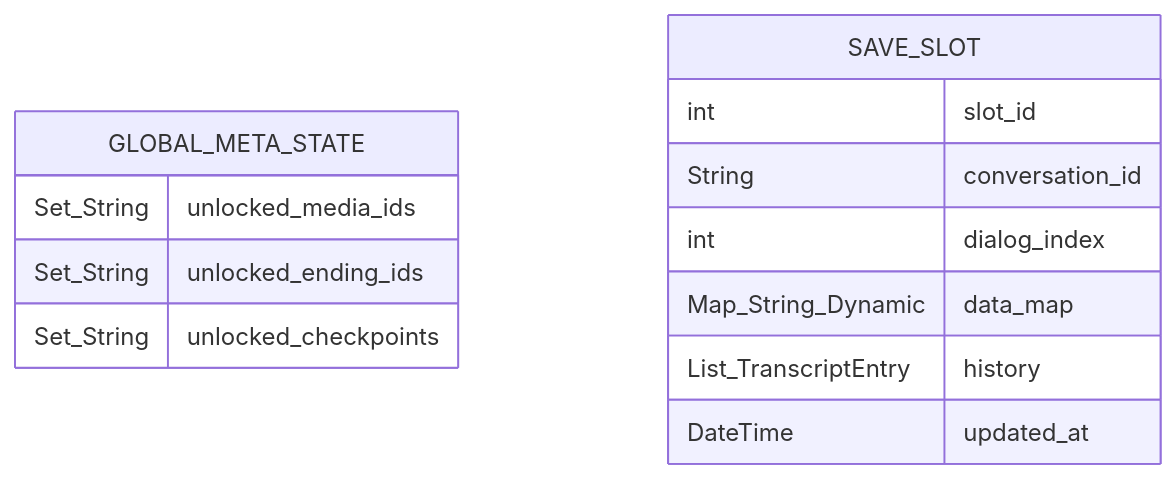
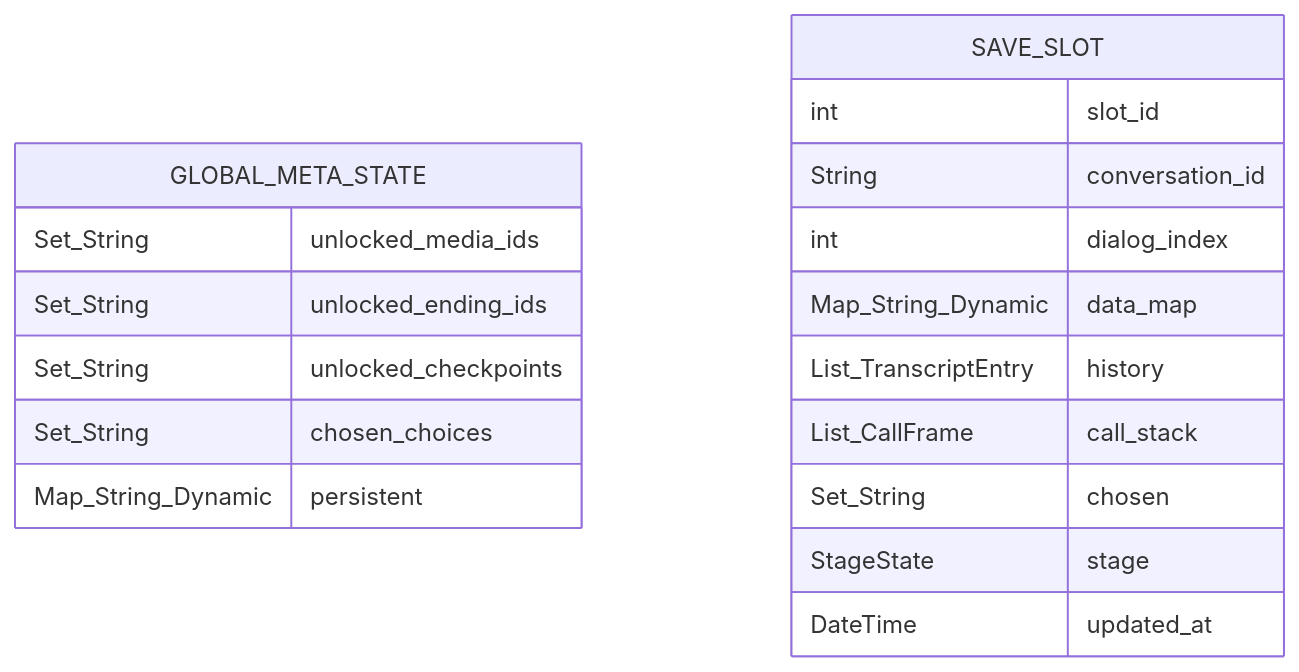
One commit to esafirm/cerita-engine changed the diagram in specs/engine-and-state.md. Above: the diagram before and after it, drawn with Mermaid. The commit also changed other lines of this file and 38 other files, not shown here.

First line of the commit message:
Engine - Add script flow and STAGE direction

````diff
--- a/specs/engine-and-state.md
+++ b/specs/engine-and-state.md
@@ -84,16 +103,21 @@
 ```mermaid
 erDiagram
     GLOBAL_META_STATE {
         Set_String unlocked_media_ids
         Set_String unlocked_ending_ids
         Set_String unlocked_checkpoints
+        Set_String chosen_choices
+        Map_String_Dynamic persistent
     }
     SAVE_SLOT {
         int slot_id
         String conversation_id
         int dialog_index
         Map_String_Dynamic data_map
         List_TranscriptEntry history
+        List_CallFrame call_stack
+        Set_String chosen
+        StageState stage
         DateTime updated_at
     }
 ```
````
